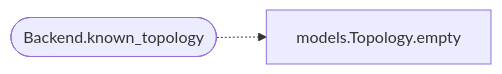
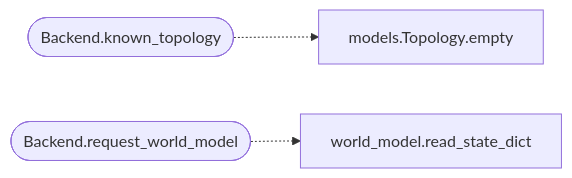
The second of 2 diagrams in readmenator-apidocs/modules/lazygui.services.backend.py.md (grisuno/LazyOwn), drawn with Mermaid before and after one commit. The commit also changed other lines of this file and 496 other files, not shown here.

First line of the commit message:
test: A mediator architecture is implemented with a safety harness inspired by Apollo 11.

````diff
--- a/readmenator-apidocs/modules/lazygui.services.backend.py.md
+++ b/readmenator-apidocs/modules/lazygui.services.backend.py.md
@@ -68,6 +68,9 @@
 ```mermaid
 flowchart LR
     n_lazygui_services_backend_py__Backend_known_topology(["Backend.known_topology"])
     n_lazygui_services_models_py__Topology_empty["models.Topology.empty"]
+    n_lazygui_services_backend_py__Backend_request_world_model(["Backend.request_world_model"])
+    n_modules_world_model_py__read_state_dict["world_model.read_state_dict"]
     n_lazygui_services_backend_py__Backend_known_topology -.-> n_lazygui_services_models_py__Topology_empty
+    n_lazygui_services_backend_py__Backend_request_world_model -.-> n_modules_world_model_py__read_state_dict
 ```
````
